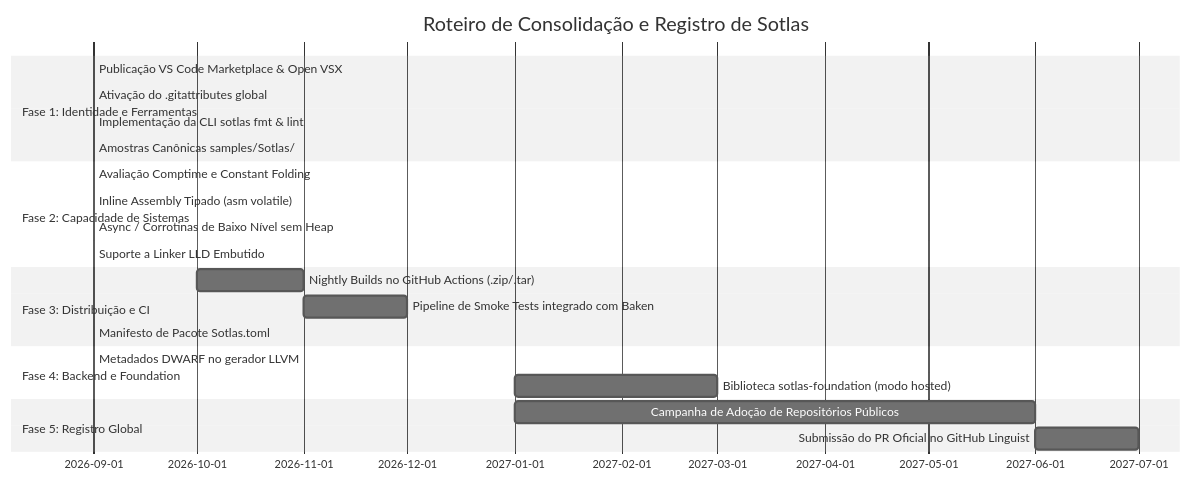
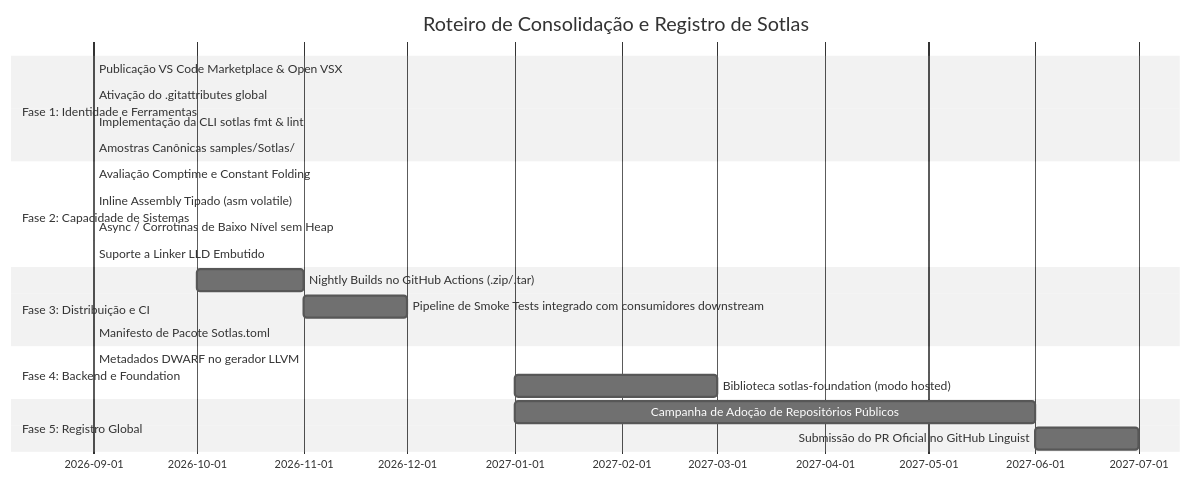
One commit to HPinho/sotlas_dev changed the diagram in docs/ecosystem_and_registration_roadmap.md. Above: the diagram before and after it, drawn with Mermaid (neutral theme). The commit also changed other lines of this file and 9 other files, not shown here.

````diff
--- a/docs/ecosystem_and_registration_roadmap.md
+++ b/docs/ecosystem_and_registration_roadmap.md
@@ -263,25 +263,25 @@
 ```mermaid
 gantt
     title Roteiro de Consolidação e Registro de Sotlas
     dateFormat  YYYY-MM
     section Fase 1: Identidade e Ferramentas
     Publicação VS Code Marketplace & Open VSX   :done, 2026-09, 2026-09
     Ativação do .gitattributes global          :done, 2026-09, 2026-09
     Implementação da CLI sotlas fmt & lint      :done, 2026-09, 2026-09
     Amostras Canônicas samples/Sotlas/         :done, 2026-09, 2026-09
     section Fase 2: Capacidade de Sistemas
     Avaliação Comptime e Constant Folding       :done, 2026-09, 2026-09
     Inline Assembly Tipado (asm volatile)       :done, 2026-09, 2026-09
     Async / Corrotinas de Baixo Nível sem Heap  :done, 2026-09, 2026-09
     Suporte a Linker LLD Embutido               :done, 2026-09, 2026-09
     section Fase 3: Distribuição e CI
     Nightly Builds no GitHub Actions (.zip/.tar) :2026-10, 2026-11
-    Pipeline de Smoke Tests integrado com Baken :2026-11, 2026-12
+    Pipeline de Smoke Tests integrado com consumidores downstream :2026-11, 2026-12
     Manifesto de Pacote Sotlas.toml             :done, 2026-09, 2026-09
     section Fase 4: Backend e Foundation
     Metadados DWARF no gerador LLVM             :done, 2026-09, 2026-09
     Biblioteca sotlas-foundation (modo hosted)  :2027-01, 2027-03
     section Fase 5: Registro Global
     Campanha de Adoção de Repositórios Públicos :2027-01, 2027-06
     Submissão do PR Oficial no GitHub Linguist  :2027-06, 2027-07
 ```
````
